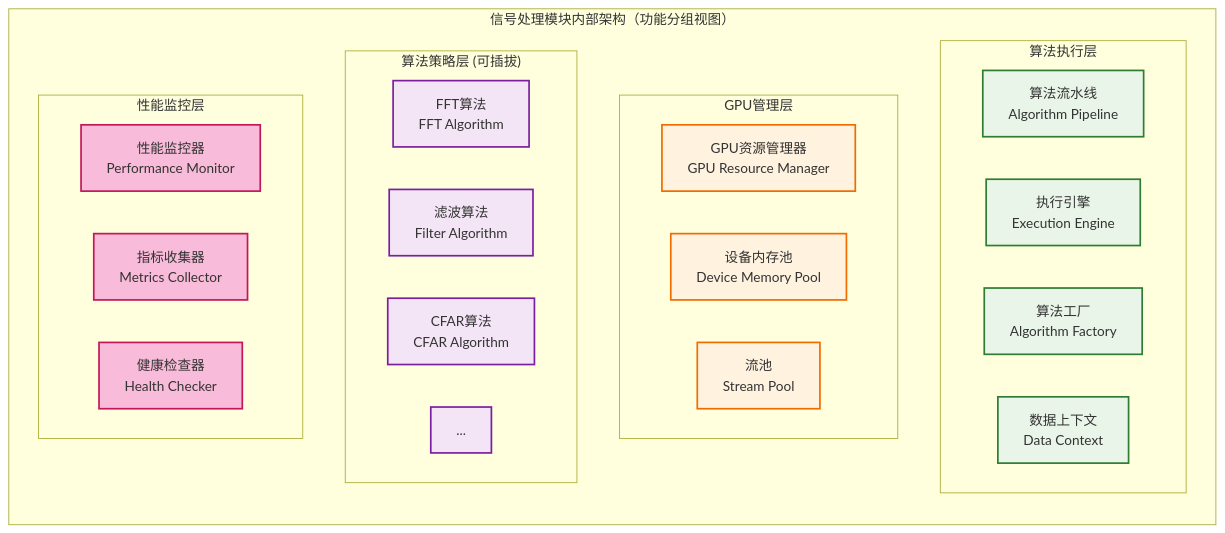
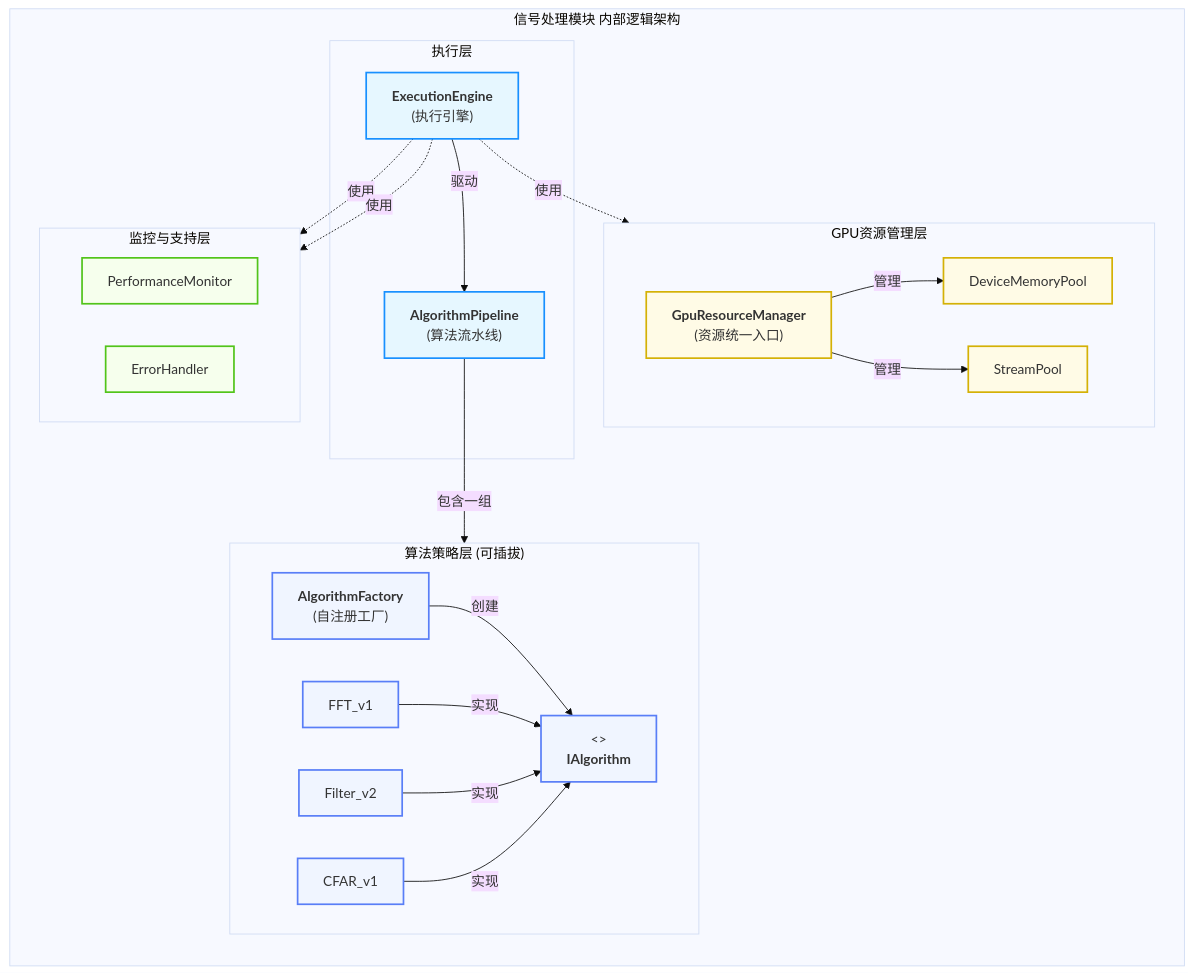
One commit to wendizhou99-cell/Radar changed the second of 11 diagrams in docs/01_项目设计/02_模块设计/02_信号处理模块设计.md. Above: the diagram before and after it, drawn with Mermaid. The commit also changed other lines of this file and 26 other files, not shown here.

First line of the commit message:
docs: 完成数据架构文档系列重构和Mermaid可视化指南增强

````diff
--- a/docs/01_项目设计/02_模块设计/02_信号处理模块设计.md
+++ b/docs/01_项目设计/02_模块设计/02_信号处理模块设计.md
@@ -160,44 +161,76 @@
 ```mermaid
-graph TB
-    %% 功能分组视图：仅展示职责分层与组件集合，不体现调用或数据流
-    subgraph "信号处理模块内部架构（功能分组视图）"
+---
+config:
+  theme: base
+  flowchart:
+    curve: basis
+---
+graph TD
+    %% --- 图例 (上下文颜色语义) ---
+    %% 执行层 (浅蓝): 模块的核心驱动与编排组件。
+    %% 算法策略层 (淡紫): 所有可插拔的、实现具体业务逻辑的算法。
+    %% GPU资源管理层 (浅黄): 封装底层CUDA操作，提供GPU资源。
+    %% 监控与支持层 (浅绿): 提供性能监控、错误处理等横切关注点功能。
+
+    subgraph "信号处理模块 内部逻辑架构"
         direction TB
 
-        subgraph "算法执行层"
-            ALGORITHM_PIPELINE[算法流水线<br/>Algorithm Pipeline]
-            EXECUTION_ENGINE[执行引擎<br/>Execution Engine]
-            ALGORITHM_FACTORY[算法工厂<br/>Algorithm Factory]
-            DATA_CONTEXT[数据上下文<br/>Data Context]
-        end
-
-        subgraph "GPU管理层"
-            GPU_RESOURCE_MGR[GPU资源管理器<br/>GPU Resource Manager]
-            DEVICE_MEMORY_POOL[设备内存池<br/>Device Memory Pool]
-            STREAM_POOL[流池<br/>Stream Pool]
+        subgraph "执行层"
+            EXEC_ENGINE["<b>ExecutionEngine</b><br/>(执行引擎)"]
+            ALGO_PIPELINE["<b>AlgorithmPipeline</b><br/>(算法流水线)"]
         end
 
         subgraph "算法策略层 (可插拔)"
             direction LR
-            FFT_ALGO[FFT算法<br/>FFT Algorithm]
-            FILTER_ALGO[滤波算法<br/>Filter Algorithm]
-            CFAR_ALGO[CFAR算法<br/>CFAR Algorithm]
-            MORE_ALGOS[...]
+            ALGO_FACTORY["<b>AlgorithmFactory</b><br/>(自注册工厂)"]
+            IALGORITHM["<<Interface>><br/><b>IAlgorithm</b>"]
+            FFT_ALGO["FFT_v1"]
+            FILTER_ALGO["Filter_v2"]
+            CFAR_ALGO["CFAR_v1"]
         end
 
-        subgraph "性能监控层"
-            PERF_MONITOR[性能监控器<br/>Performance Monitor]
-            METRICS_COLLECTOR[指标收集器<br/>Metrics Collector]
-            HEALTH_CHECKER[健康检查器<br/>Health Checker]
+        subgraph "GPU资源管理层"
+            direction LR
+            GPU_MGR["<b>GpuResourceManager</b><br/>(资源统一入口)"]
+            MEM_POOL["DeviceMemoryPool"]
+            STREAM_POOL["StreamPool"]
+        end
+
+        subgraph "监控与支持层"
+            direction LR
+            PERF_MONITOR["PerformanceMonitor"]
+            ERROR_HANDLER["ErrorHandler"]
         end
     end
 
-    classDef algorithm fill:#e8f5e8,stroke:#2e7d32,stroke-width:2px
-    classDef gpu fill:#fff3e0,stroke:#ef6c00,stroke-width:2px
-    classDef strategy fill:#f3e5f5,stroke:#7b1fa2,stroke-width:2px
-    classDef monitor fill:#f8bbd9,stroke:#c2185b,stroke-width:2px
+    %% --- 关系定义 ---
+    %% 实线箭头 (-->) 表示控制流或强所属关系
+    %% 虚线箭头 (-..->) 表示服务依赖关系
+    EXEC_ENGINE -- "驱动" --> ALGO_PIPELINE
+    EXEC_ENGINE -.->|使用| GPU_MGR
+    EXEC_ENGINE -.->|使用| PERF_MONITOR
+    EXEC_ENGINE -.->|使用| ERROR_HANDLER
 
-    class ALGORITHM_PIPELINE,EXECUTION_ENGINE,ALGORITHM_FACTORY,DATA_CONTEXT algorithm
-    class GPU_RESOURCE_MGR,DEVICE_MEMORY_POOL,STREAM_POOL gpu
-    class FFT_ALGO,FILTER_ALGO,CFAR_ALGO,MORE_ALGOS strategy
-    class PERF_MONITOR,METRICS_COLLECTOR,HEALTH_CHECKER monitor
+    ALGO_PIPELINE -- "包含一组" --> IALGORITHM
+    ALGO_FACTORY -- "创建" --> IALGORITHM
+
+    FFT_ALGO -- "实现" --> IALGORITHM
+    FILTER_ALGO -- "实现" --> IALGORITHM
+    CFAR_ALGO -- "实现" --> IALGORITHM
+
+    GPU_MGR -- "管理" --> MEM_POOL
+    GPU_MGR -- "管理" --> STREAM_POOL
+
+
+    %% --- 标准 classDef 模板 ---
+    classDef role_A fill:#e6f7ff,stroke:#1890ff,stroke-width:2px
+    classDef role_B fill:#f0f5ff,stroke:#597ef7,stroke-width:2px
+    classDef role_C fill:#fffbe6,stroke:#d4b106,stroke-width:2px
+    classDef role_D fill:#f6ffed,stroke:#52c41a,stroke-width:2px
+
+    %% --- 样式应用 ---
+    class EXEC_ENGINE,ALGO_PIPELINE role_A
+    class ALGO_FACTORY,IALGORITHM,FFT_ALGO,FILTER_ALGO,CFAR_ALGO role_B
+    class GPU_MGR,MEM_POOL,STREAM_POOL role_C
+    class PERF_MONITOR,ERROR_HANDLER role_D
 ```
````
